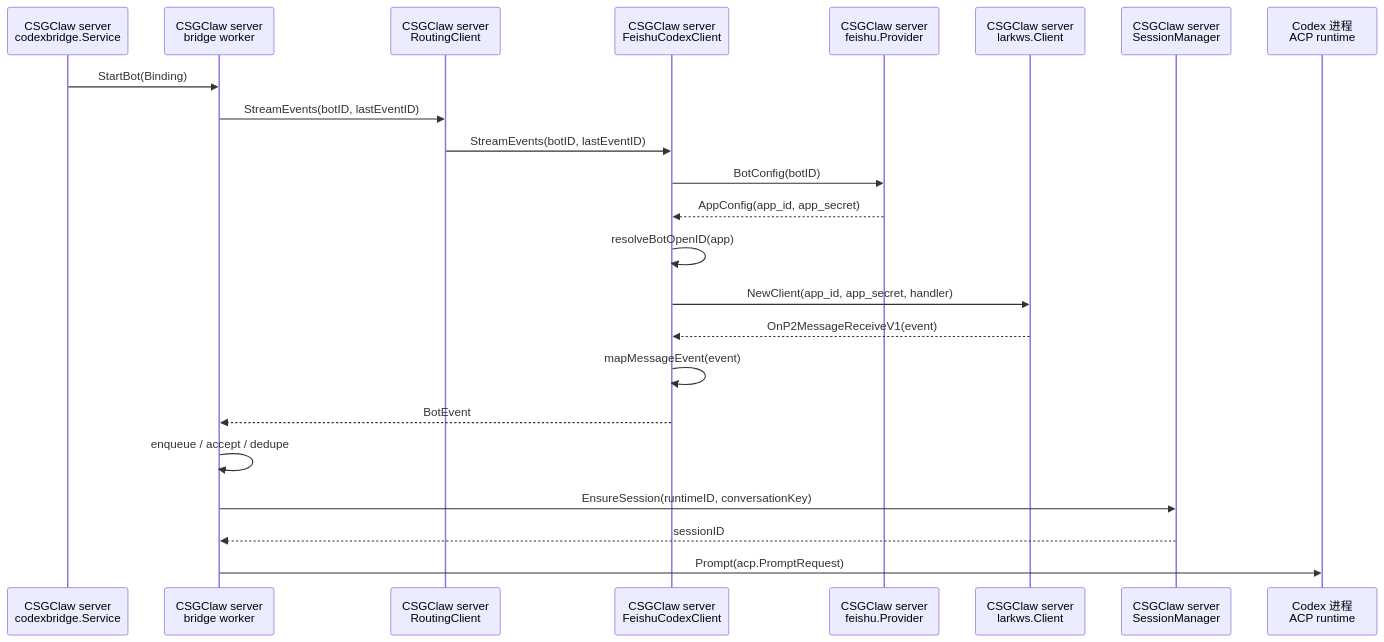
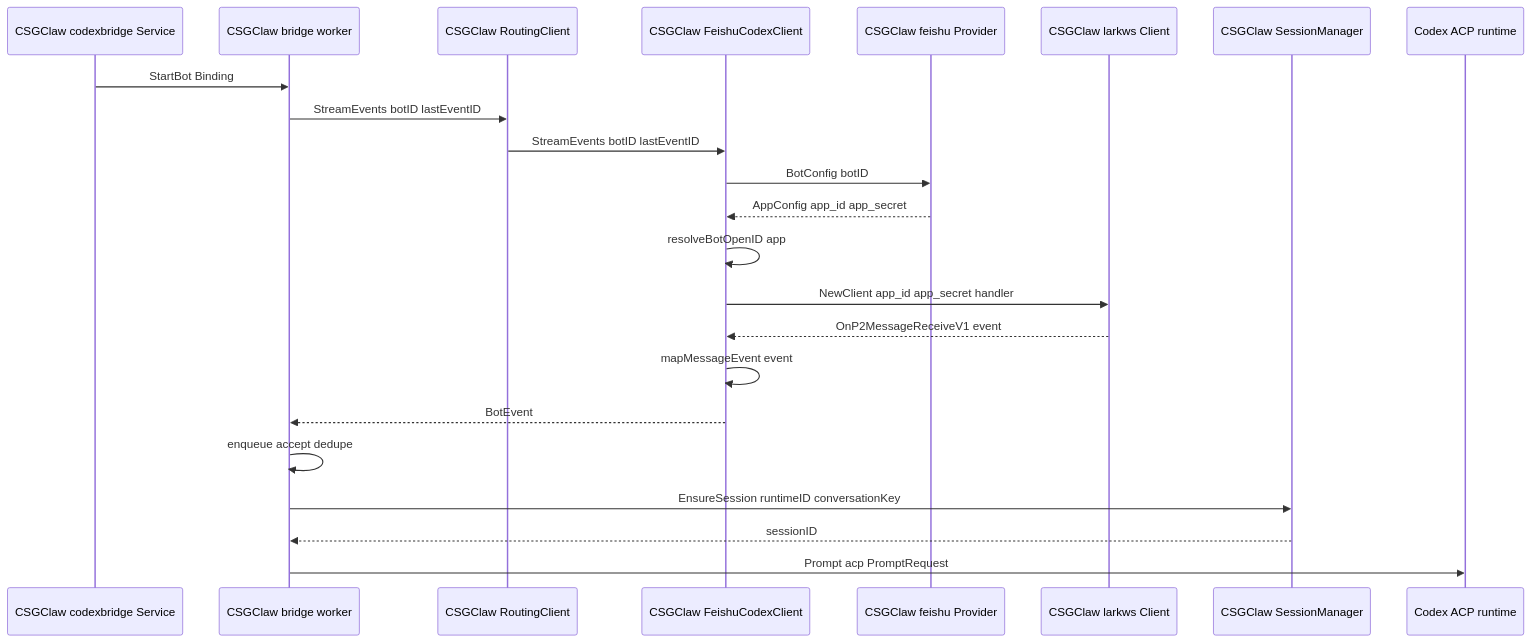
Before and after one commit to GatewayJ/csgclaw: the tenth of 12 diagrams in docs/channel/codex-feishu.zh.md, drawn with Mermaid. The commit also changed other lines of this file, not shown here.

Commit message:
docs: simplify mermaid sequence syntax

````diff
--- a/docs/channel/codex-feishu.zh.md
+++ b/docs/channel/codex-feishu.zh.md
@@ -427,26 +429,26 @@
 ```mermaid
 sequenceDiagram
-    participant Bridge as CSGClaw server<br/>codexbridge.Service
-    participant Worker as CSGClaw server<br/>bridge worker
-    participant Router as CSGClaw server<br/>RoutingClient
-    participant Client as CSGClaw server<br/>FeishuCodexClient
-    participant Provider as CSGClaw server<br/>feishu.Provider
-    participant LarkWS as CSGClaw server<br/>larkws.Client
-    participant Session as CSGClaw server<br/>SessionManager
-    participant Codex as Codex 进程<br/>ACP runtime
+    participant Bridge as CSGClaw codexbridge Service
+    participant Worker as CSGClaw bridge worker
+    participant Router as CSGClaw RoutingClient
+    participant Client as CSGClaw FeishuCodexClient
+    participant Provider as CSGClaw feishu Provider
+    participant LarkWS as CSGClaw larkws Client
+    participant Session as CSGClaw SessionManager
+    participant Codex as Codex ACP runtime
 
-    Bridge->>Worker: StartBot(Binding)
-    Worker->>Router: StreamEvents(botID, lastEventID)
-    Router->>Client: StreamEvents(botID, lastEventID)
-    Client->>Provider: BotConfig(botID)
-    Provider-->>Client: AppConfig(app_id, app_secret)
-    Client->>Client: resolveBotOpenID(app)
-    Client->>LarkWS: NewClient(app_id, app_secret, handler)
-    LarkWS-->>Client: OnP2MessageReceiveV1(event)
-    Client->>Client: mapMessageEvent(event)
+    Bridge->>Worker: StartBot Binding
+    Worker->>Router: StreamEvents botID lastEventID
+    Router->>Client: StreamEvents botID lastEventID
+    Client->>Provider: BotConfig botID
+    Provider-->>Client: AppConfig app_id app_secret
+    Client->>Client: resolveBotOpenID app
+    Client->>LarkWS: NewClient app_id app_secret handler
+    LarkWS-->>Client: OnP2MessageReceiveV1 event
+    Client->>Client: mapMessageEvent event
     Client-->>Worker: BotEvent
-    Worker->>Worker: enqueue / accept / dedupe
-    Worker->>Session: EnsureSession(runtimeID, conversationKey)
+    Worker->>Worker: enqueue accept dedupe
+    Worker->>Session: EnsureSession runtimeID conversationKey
     Session-->>Worker: sessionID
-    Worker->>Codex: Prompt(acp.PromptRequest)
+    Worker->>Codex: Prompt acp PromptRequest
 ```
````
